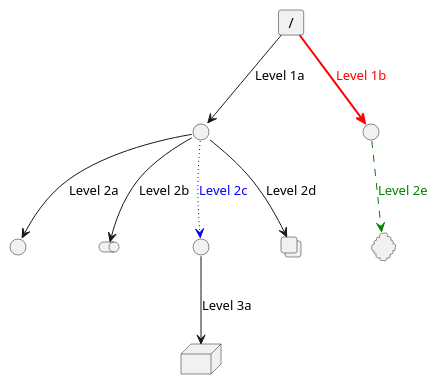
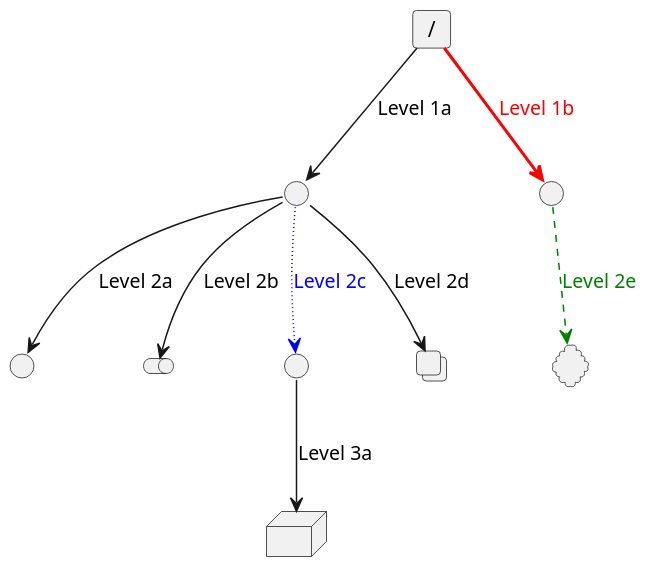
The third of 7 diagrams in hdf5-intro.org (gheber/literate-hdf5), drawn with PlantUML before and after one commit. The commit also changed other lines of this file and 4 other files, not shown here.

```diff
--- a/hdf5-intro.org
+++ b/hdf5-intro.org
@@ -199,20 +199,20 @@
 #+begin_src plantuml :hidden :file img/technical-detail.png :exports results
-scale 1
+scale 1.5
 card "/" as root
 interface " " as i1a
 interface " " as i1b
 interface " " as i2a
 queue " " as i2b
 interface " " as i2c
 collections " " as i2d
 cloud " " as i2e
 node " " as i3a
 root --> i1a : "Level 1a"
 i1a --> i2a : "Level 2a"
 i1a --> i2b : "Level 2b"
 i1a --> i2c #blue;line.dotted;text:blue : "Level 2c"
 i2c --> i3a : "Level 3a"
 i1a --> i2d : "Level 2d"
 root --> i1b #line:red;line.bold;text:red : "Level 1b"
 i1b --> i2e #green;line.dashed;text:green : "Level 2e"
-    #+end_src
+#+end_src
```
